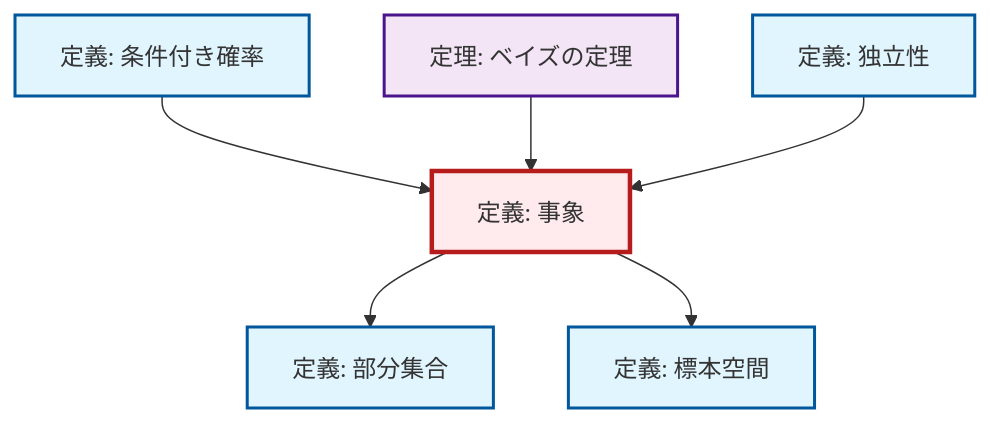
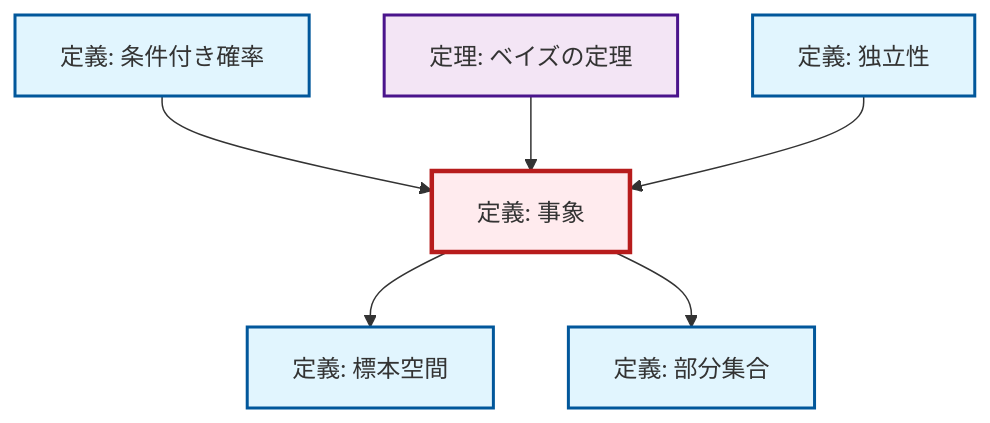
One commit to RK0429/ModernMath changed the diagram in content/ja/probability-statistics/def-event.qmd. Above: the diagram before and after it, drawn with Mermaid. The commit also changed other lines of this file and 1012 other files, not shown here.

````diff
--- a/content/ja/probability-statistics/def-event.qmd
+++ b/content/ja/probability-statistics/def-event.qmd
@@ -70,26 +70,26 @@
 ```{mermaid}
 %%| fig-cap: "Local dependency graph"
 graph TD
     classDef definition fill:#e1f5fe,stroke:#01579b,stroke-width:2px
     classDef theorem fill:#f3e5f5,stroke:#4a148c,stroke-width:2px
     classDef axiom fill:#fff3e0,stroke:#e65100,stroke-width:2px
     classDef example fill:#e8f5e9,stroke:#1b5e20,stroke-width:2px
     classDef current fill:#ffebee,stroke:#b71c1c,stroke-width:3px
+    def-conditional-probability["定義: 条件付き確率"]:::definition
+    def-subset["定義: 部分集合"]:::definition
+    thm-bayes["定理: ベイズの定理"]:::theorem
+    def-event["定義: 事象"]:::definition
+    def-independence["定義: 独立性"]:::definition
     def-sample-space["定義: 標本空間"]:::definition
-    def-conditional-probability["定義: 条件付き確率"]:::definition
-    def-event["定義: 事象"]:::definition
-    thm-bayes["定理: ベイズの定理"]:::theorem
-    def-subset["定義: 部分集合"]:::definition
-    def-independence["定義: 独立性"]:::definition
+    def-event --> def-sample-space
+    def-conditional-probability --> def-event
+    thm-bayes --> def-event
     def-event --> def-subset
-    def-conditional-probability --> def-event
-    def-event --> def-sample-space
-    thm-bayes --> def-event
     def-independence --> def-event
     class def-event current
+    click def-conditional-probability "def-conditional-probability.html" "条件付き確率の定義へ"
+    click def-subset "def-subset.html" "部分集合の定義へ"
+    click thm-bayes "thm-bayes.html" "ベイズの定理の定理へ"
+    click def-independence "def-independence.html" "独立性の定義へ"
     click def-sample-space "def-sample-space.html" "標本空間の定義へ"
-    click def-conditional-probability "def-conditional-probability.html" "条件付き確率の定義へ"
-    click thm-bayes "thm-bayes.html" "ベイズの定理の定理へ"
-    click def-subset "def-subset.html" "部分集合の定義へ"
-    click def-independence "def-independence.html" "独立性の定義へ"
 ```
````
